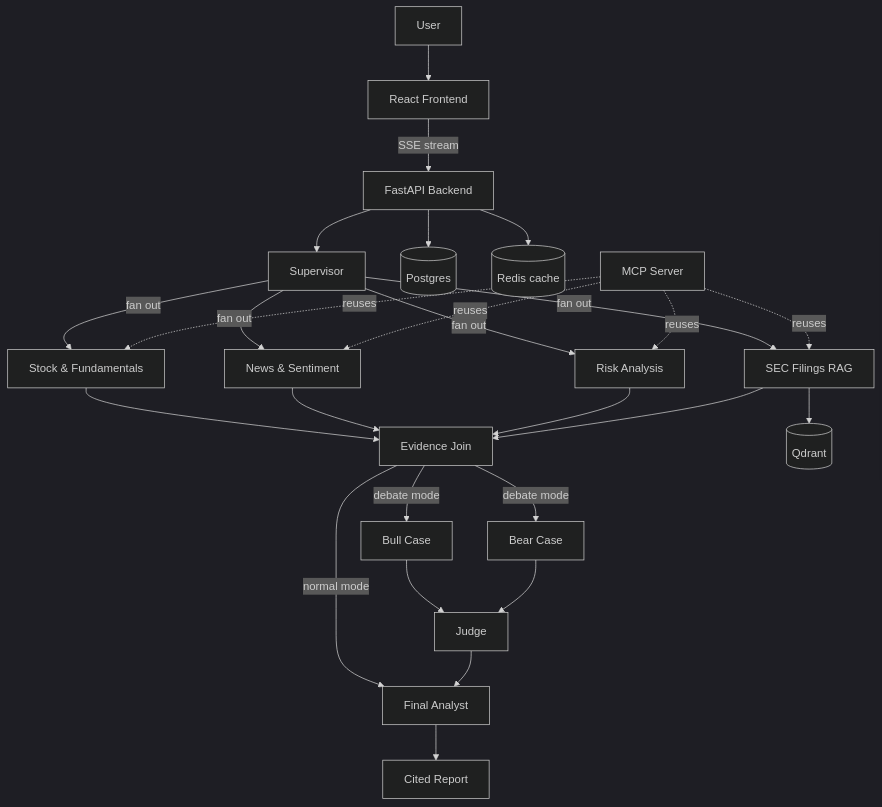
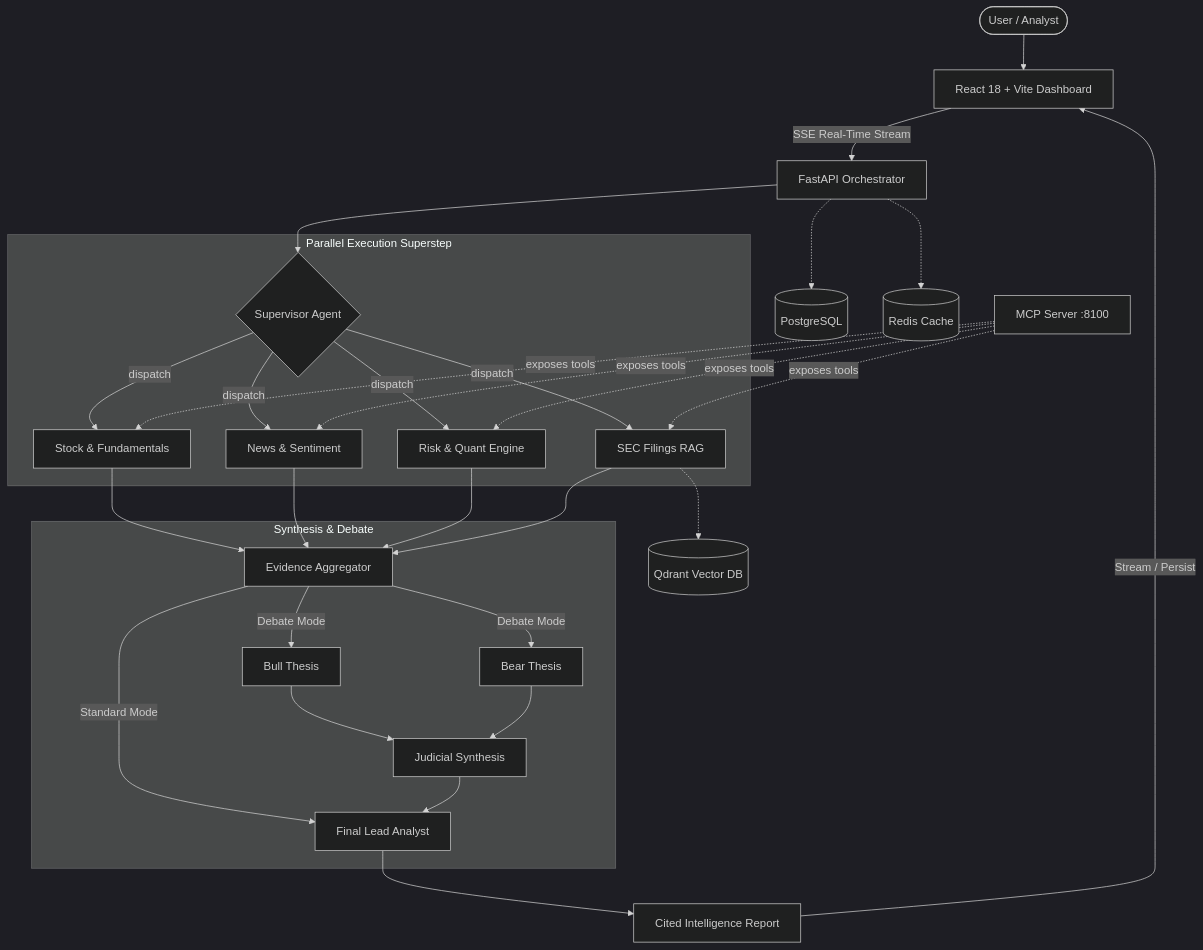
One commit to Eya-Jmaa/AlphaLens changed the diagram in README.md. Above: the diagram before and after it, drawn with Mermaid (dark theme). The commit also changed other lines of this file and 63 other files, not shown here.

````diff
--- a/README.md
+++ b/README.md
@@ -17,25 +30,31 @@
 ```mermaid
 flowchart TD
-    U[User] --> FE[React Frontend]
-    FE -->|SSE stream| API[FastAPI Backend]
-    API --> SUP[Supervisor]
-    SUP -->|fan out| STOCK[Stock & Fundamentals]
-    SUP -->|fan out| NEWS[News & Sentiment]
-    SUP -->|fan out| RISK[Risk Analysis]
-    SUP -->|fan out| SEC[SEC Filings RAG]
-    STOCK & NEWS & RISK & SEC --> JOIN[Evidence Join]
-    JOIN -->|debate mode| BULL[Bull Case]
-    JOIN -->|debate mode| BEAR[Bear Case]
-    BULL & BEAR --> JUDGE[Judge]
-    JOIN -->|normal mode| FINAL[Final Analyst]
-    JUDGE --> FINAL
-    FINAL --> REPORT[Cited Report]
+    U([User / Analyst]) --> FE[React 18 + Vite Dashboard]
+    FE -->|SSE Real-Time Stream| API[FastAPI Orchestrator]
+    API --> SUP{Supervisor Agent}
 
-    API --> PG[(Postgres)]
-    API --> REDIS[(Redis cache)]
-    SEC --> QDRANT[(Qdrant)]
-    MCP[MCP Server] -.reuses.-> STOCK
-    MCP -.reuses.-> NEWS
-    MCP -.reuses.-> RISK
-    MCP -.reuses.-> SEC
+    subgraph Research Fan-Out [Parallel Execution Superstep]
+        SUP -->|dispatch| STOCK[Stock & Fundamentals]
+        SUP -->|dispatch| NEWS[News & Sentiment]
+        SUP -->|dispatch| RISK[Risk & Quant Engine]
+        SUP -->|dispatch| SEC[SEC Filings RAG]
+    end
+
+    STOCK & NEWS & RISK & SEC --> JOIN[Evidence Aggregator]
+
+    subgraph Synthesis & Debate
+        JOIN -->|Debate Mode| BULL[Bull Thesis]
+        JOIN -->|Debate Mode| BEAR[Bear Thesis]
+        BULL & BEAR --> JUDGE[Judicial Synthesis]
+        JOIN -->|Standard Mode| FINAL[Final Lead Analyst]
+        JUDGE --> FINAL
+    end
+
+    FINAL --> REPORT[Cited Intelligence Report]
+    REPORT -->|Stream / Persist| FE
+
+    API -.-> PG[(PostgreSQL)]
+    API -.-> REDIS[(Redis Cache)]
+    SEC -.-> QDRANT[(Qdrant Vector DB)]
+    MCP[MCP Server :8100] -.exposes tools.-> STOCK & NEWS & RISK & SEC
 ```
````
